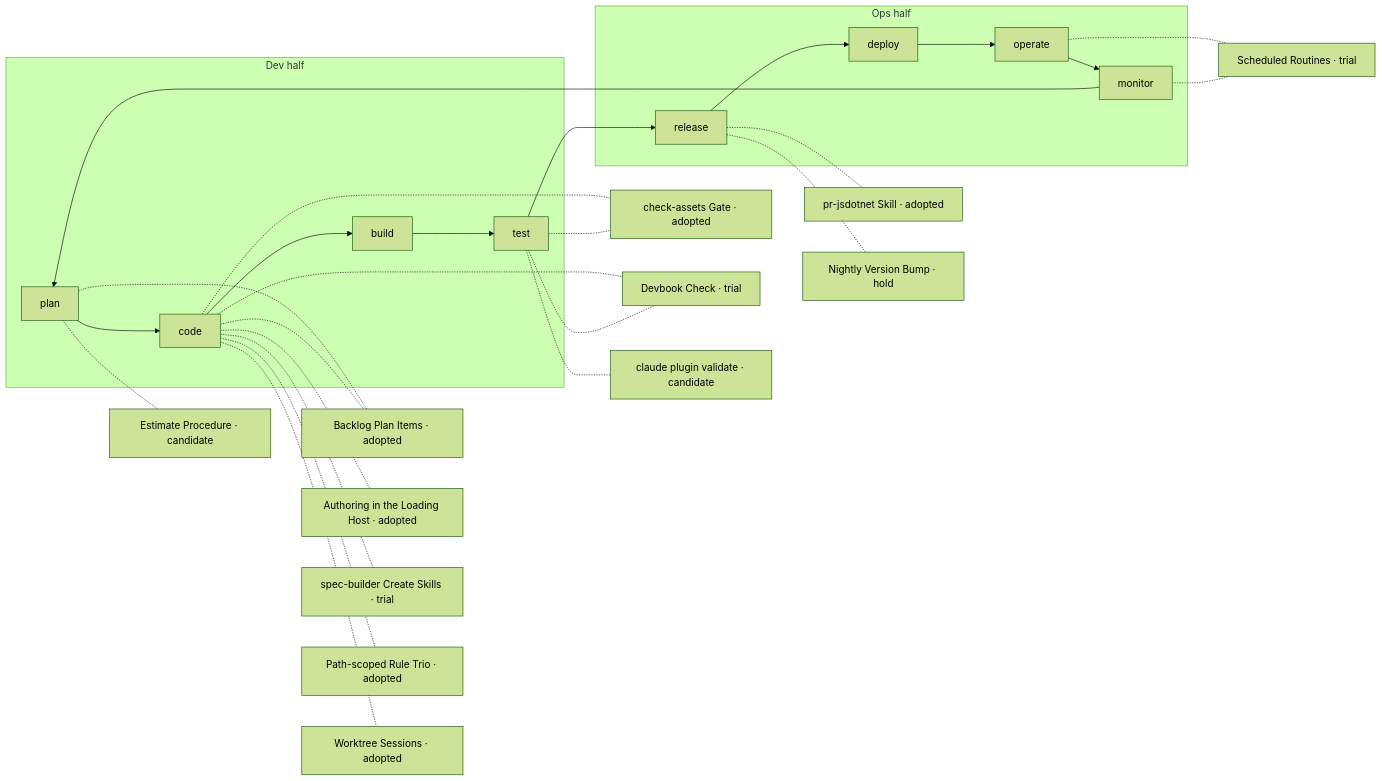
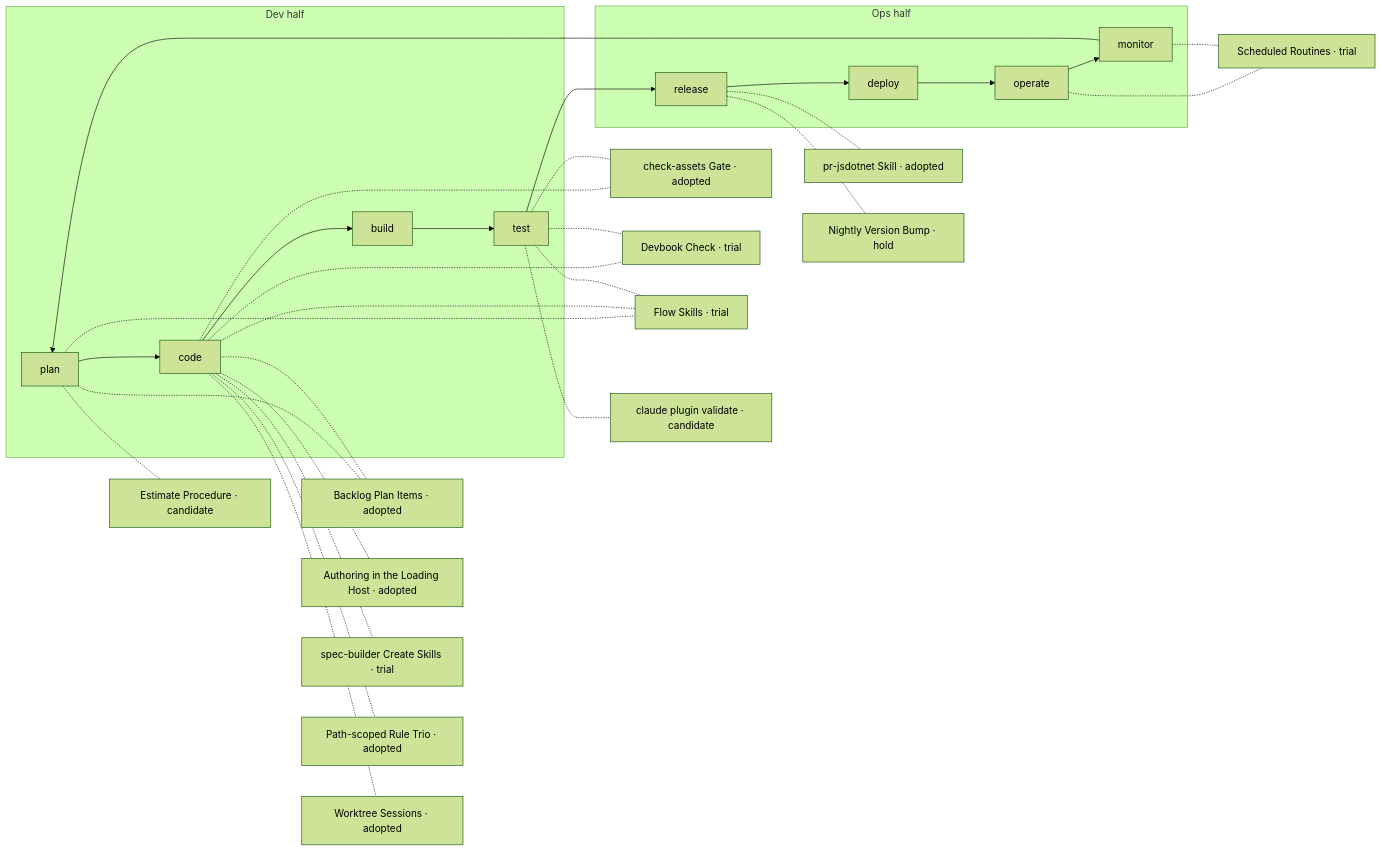
One commit to JSdotNet/ai-plugins changed the diagram in .devbook/ai/adoption-map.md. Above: the diagram before and after it, drawn with Mermaid (forest theme). The commit also changed other lines of this file and 1 other file, not shown here.

First line of the commit message:
docs(ai): record the delivery flows and the first published routine

````diff
--- a/.devbook/ai/adoption-map.md
+++ b/.devbook/ai/adoption-map.md
@@ -26,33 +26,36 @@
 ```mermaid
 flowchart LR
     subgraph dev[Dev half]
         plan[plan]
         code[code]
         build[build]
         test[test]
     end
     subgraph ops[Ops half]
         release[release]
         deploy[deploy]
         operate[operate]
         monitor[monitor]
     end
     plan --> code --> build --> test --> release --> deploy --> operate --> monitor --> plan
 
     plan -.- backlog["Backlog Plan Items · adopted"]
     plan -.- estimate["Estimate Procedure · candidate"]
     code -.- backlog
     code -.- host["Authoring in the Loading Host · adopted"]
     code -.- create["spec-builder Create Skills · trial"]
     code -.- trio["Path-scoped Rule Trio · adopted"]
     code -.- worktree["Worktree Sessions · adopted"]
     code -.- gate["check-assets Gate · adopted"]
     code -.- devbook["Devbook Check · trial"]
+    plan -.- flows["Flow Skills · trial"]
+    code -.- flows
+    test -.- flows
     test -.- gate
     test -.- devbook
     test -.- validate["claude plugin validate · candidate"]
     release -.- pr["pr-jsdotnet Skill · adopted"]
     release -.- bump["Nightly Version Bump · hold"]
     operate -.- routines["Scheduled Routines · trial"]
     monitor -.- routines
 ```
````
